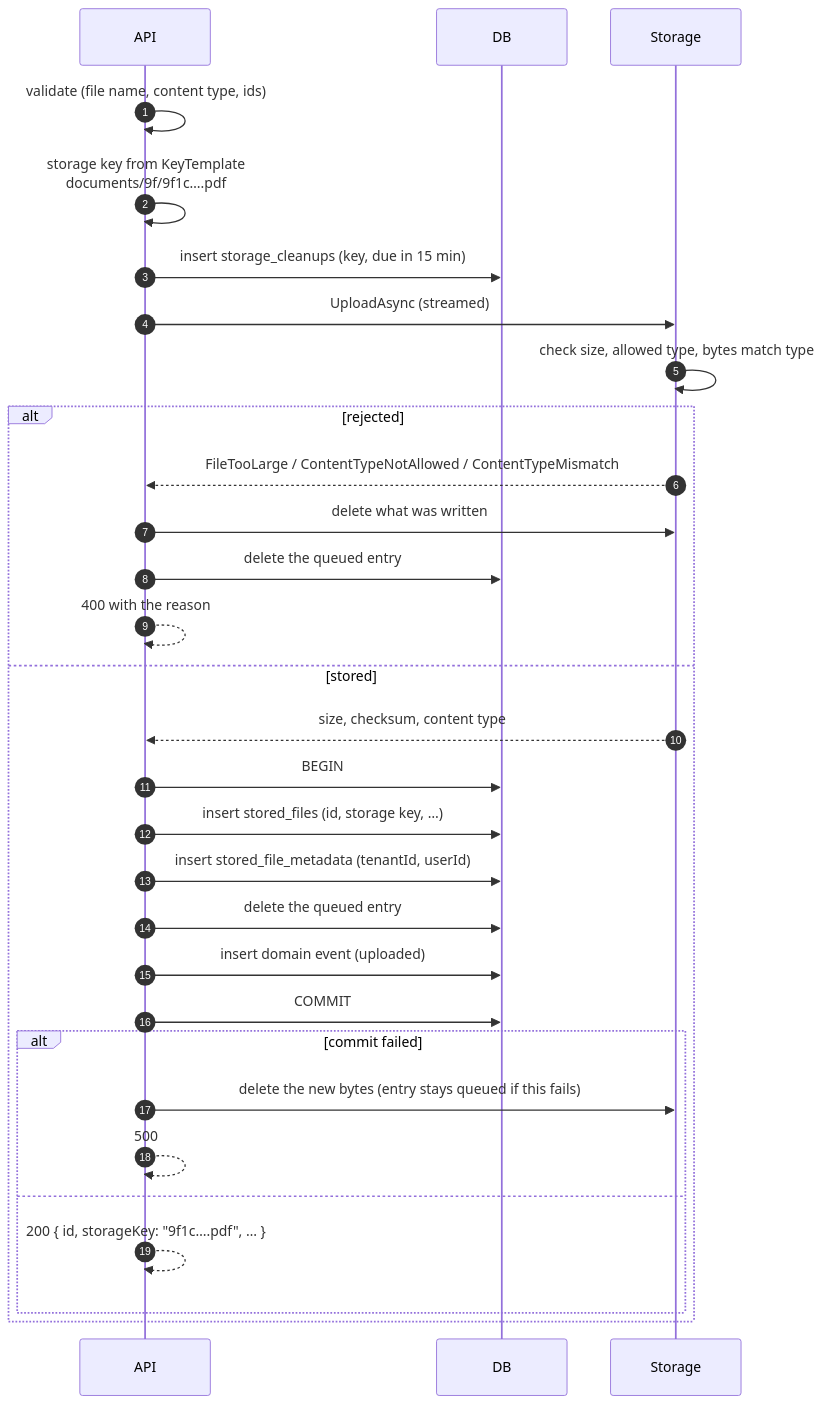
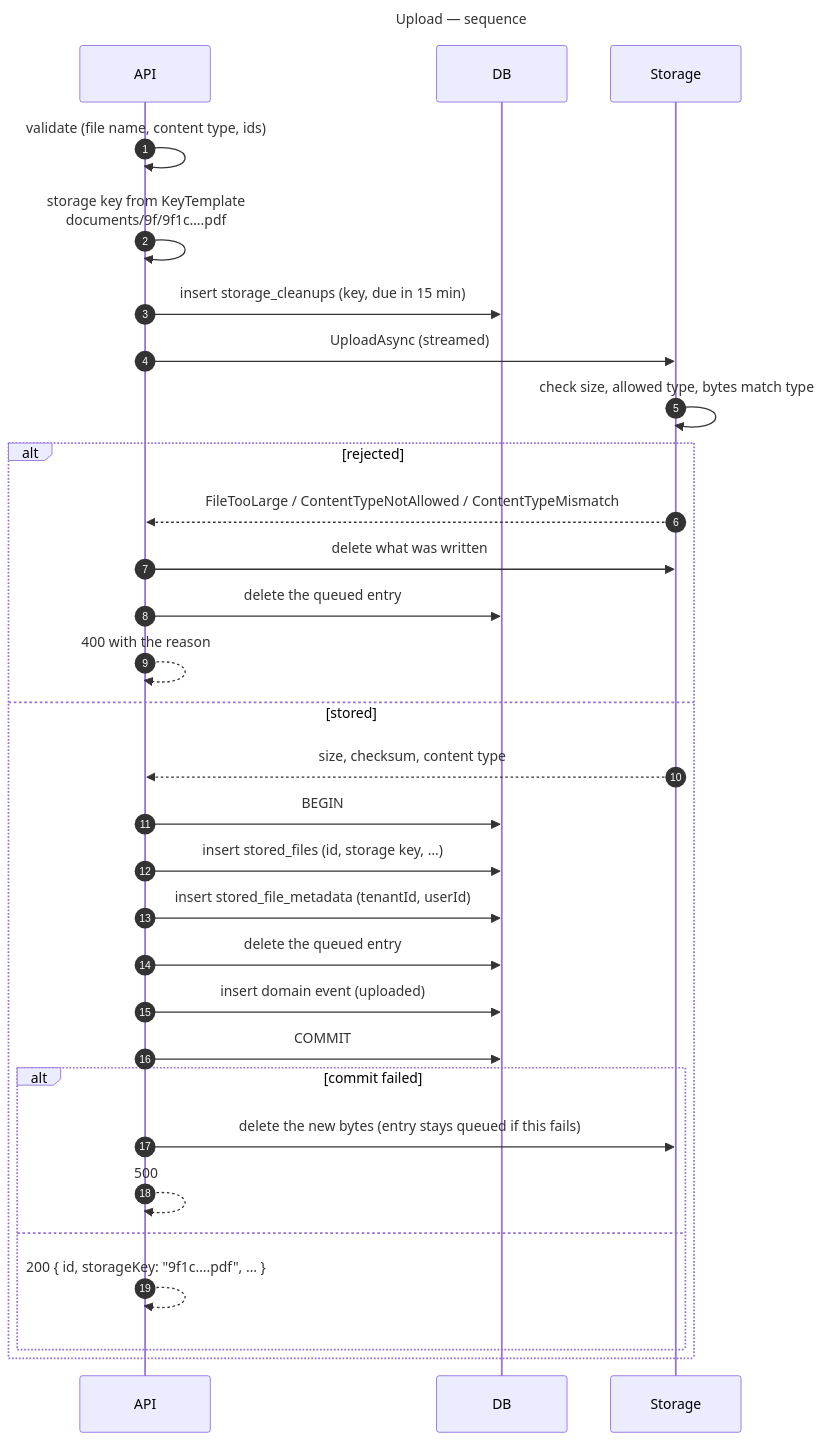
The third of 14 diagrams in docs/sequence-diagrams.md (gmetskhvarishvili/GM.FileStorage.Samples), drawn with Mermaid before and after one commit. The commit also changed other lines of this file and 7 other files, not shown here.

First line of the commit message:
docs: name every diagram "subject — kind" and index them

````diff
--- a/docs/sequence-diagrams.md
+++ b/docs/sequence-diagrams.md
@@ -89,33 +93,36 @@
 ```mermaid
+---
+title: Upload — sequence
+---
 sequenceDiagram
     autonumber
     participant API
     participant DB
     participant S as Storage
 
     API->>API: validate (file name, content type, ids)
     API->>API: storage key from KeyTemplate<br/>documents/9f/9f1c….pdf
     API->>DB: insert storage_cleanups (key, due in 15 min)
     API->>S: UploadAsync (streamed)
     S->>S: check size, allowed type, bytes match type
     alt rejected
         S-->>API: FileTooLarge / ContentTypeNotAllowed / ContentTypeMismatch
         API->>S: delete what was written
         API->>DB: delete the queued entry
         API-->>API: 400 with the reason
     else stored
         S-->>API: size, checksum, content type
         API->>DB: BEGIN
         API->>DB: insert stored_files (id, storage key, …)
         API->>DB: insert stored_file_metadata (tenantId, userId)
         API->>DB: delete the queued entry
         API->>DB: insert domain event (uploaded)
         API->>DB: COMMIT
         alt commit failed
             API->>S: delete the new bytes (entry stays queued if this fails)
             API-->>API: 500
         else
             API-->>API: 200 { id, storageKey: "9f1c….pdf", … }
         end
     end
 ```
````
